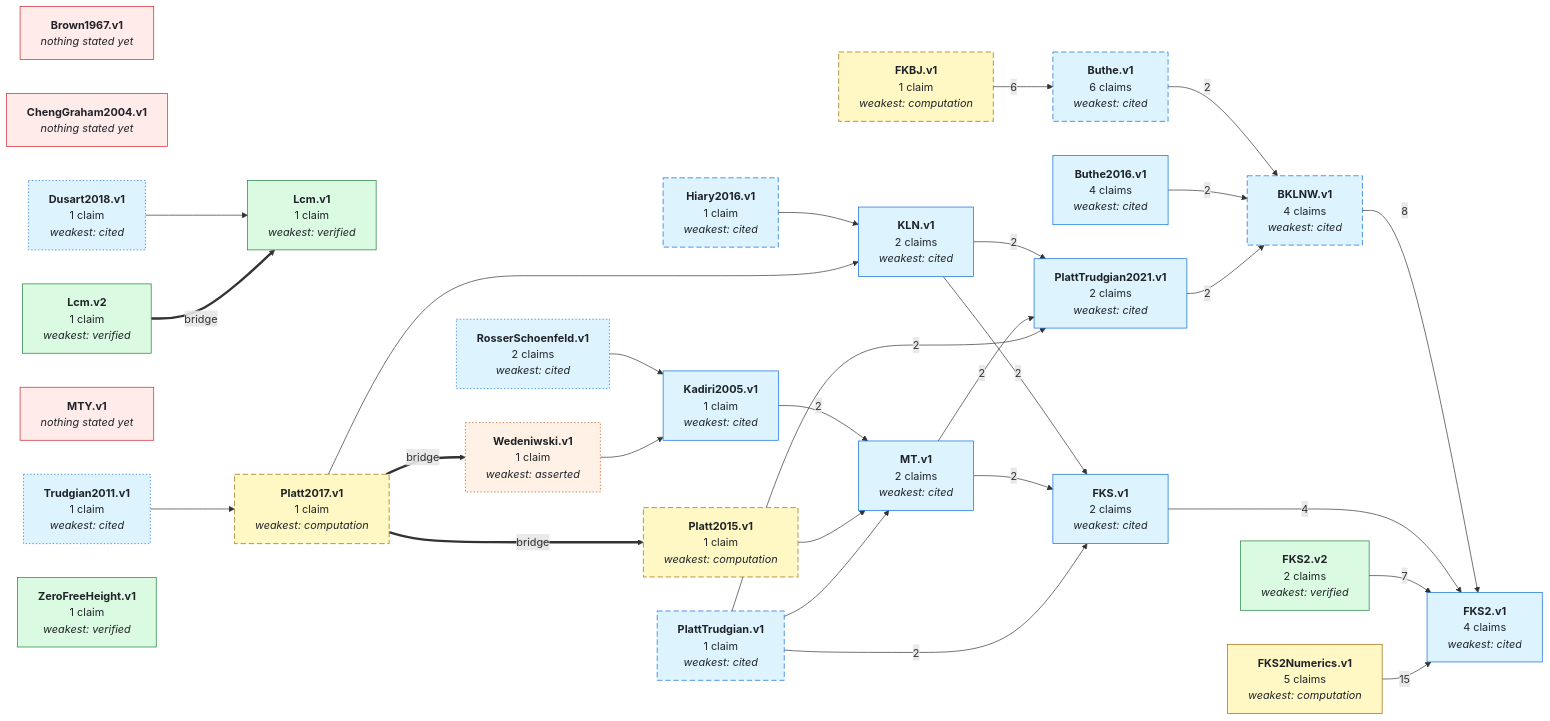
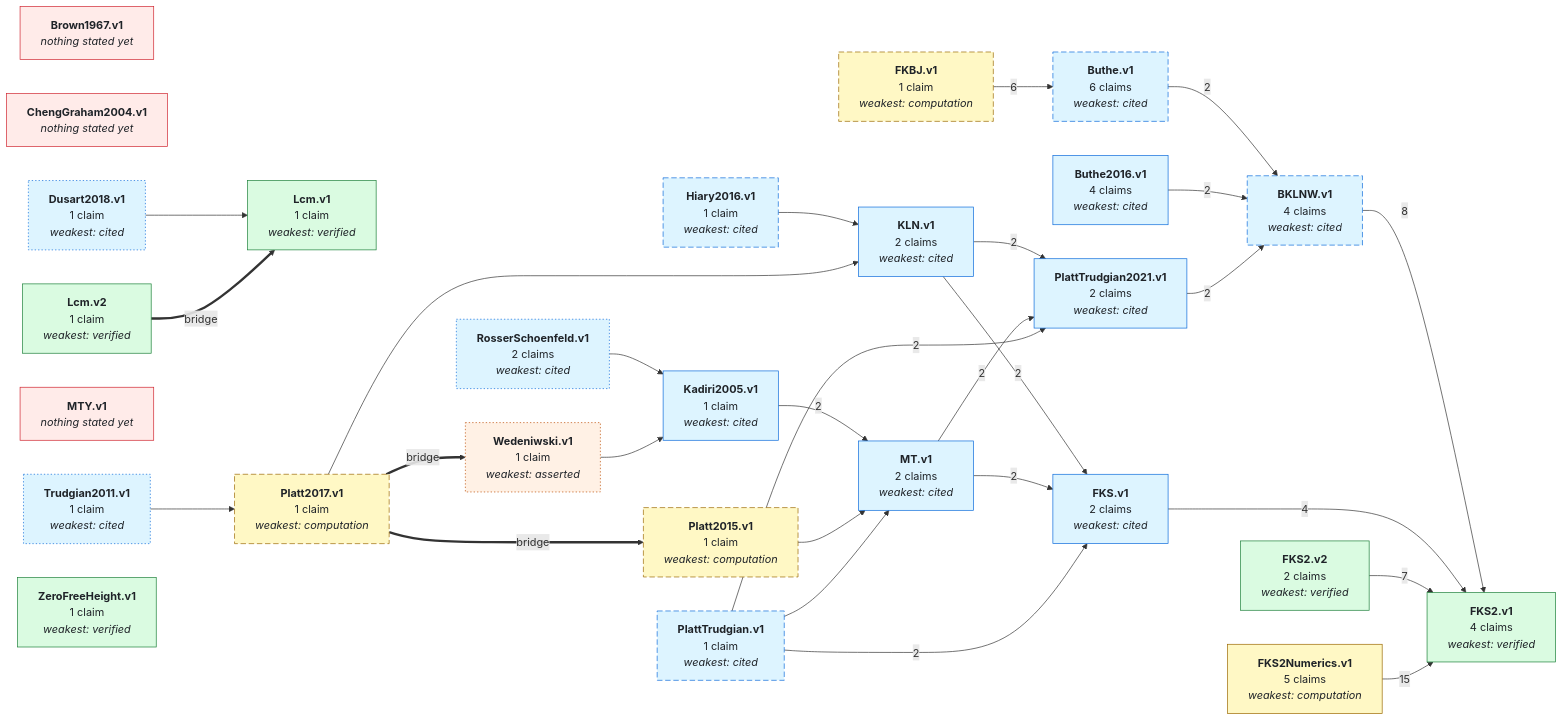
The first of 2 diagrams in GRAPH.md (teorth/IEANTN), drawn with Mermaid before and after one commit. The commit also changed other lines of this file and 8 other files, not shown here.

```diff
--- a/GRAPH.md
+++ b/GRAPH.md
@@ -50,7 +50,7 @@
   NDusart2018_v1["<b>Dusart2018.v1</b><br/>1 claim<br/><i>weakest: cited</i>"]
   NFKBJ_v1["<b>FKBJ.v1</b><br/>1 claim<br/><i>weakest: computation</i>"]
   NFKS_v1["<b>FKS.v1</b><br/>2 claims<br/><i>weakest: cited</i>"]
-  NFKS2_v1["<b>FKS2.v1</b><br/>4 claims<br/><i>weakest: cited</i>"]
+  NFKS2_v1["<b>FKS2.v1</b><br/>4 claims<br/><i>weakest: verified</i>"]
   NFKS2_v2["<b>FKS2.v2</b><br/>2 claims<br/><i>weakest: verified</i>"]
   NFKS2Numerics_v1["<b>FKS2Numerics.v1</b><br/>5 claims<br/><i>weakest: computation</i>"]
   NHiary2016_v1["<b>Hiary2016.v1</b><br/>1 claim<br/><i>weakest: cited</i>"]
@@ -107,9 +107,9 @@
   style NWedeniwski_v1 stroke-dasharray: 2 3;
   class NBrown1967_v1,NChengGraham2004_v1,NMTY_v1 none_yet;
   class NWedeniwski_v1 asserted;
-  class NBKLNW_v1,NButhe_v1,NButhe2016_v1,NDusart2018_v1,NFKS_v1,NFKS2_v1,NHiary2016_v1,NKLN_v1,NKadiri2005_v1,NMT_v1,NPlattTrudgian_v1,NPlattTrudgian2021_v1,NRosserSchoenfeld_v1,NTrudgian2011_v1 literature;
+  class NBKLNW_v1,NButhe_v1,NButhe2016_v1,NDusart2018_v1,NFKS_v1,NHiary2016_v1,NKLN_v1,NKadiri2005_v1,NMT_v1,NPlattTrudgian_v1,NPlattTrudgian2021_v1,NRosserSchoenfeld_v1,NTrudgian2011_v1 literature;
   class NFKBJ_v1,NFKS2Numerics_v1,NPlatt2015_v1,NPlatt2017_v1 numerical;
-  class NFKS2_v2,NLcm_v1,NLcm_v2,NZeroFreeHeight_v1 lean_comparator;
+  class NFKS2_v1,NFKS2_v2,NLcm_v1,NLcm_v2,NZeroFreeHeight_v1 lean_comparator;
   click NBKLNW_v1 href "https://github.com/teorth/IEANTN/blob/main/docs/nodes/BKLNW-v1.md" _blank
   click NButhe_v1 href "https://github.com/teorth/IEANTN/blob/main/docs/nodes/Buthe-v1.md" _blank
   click NButhe2016_v1 href "https://github.com/teorth/IEANTN/blob/main/docs/nodes/Buthe2016-v1.md" _blank
```
